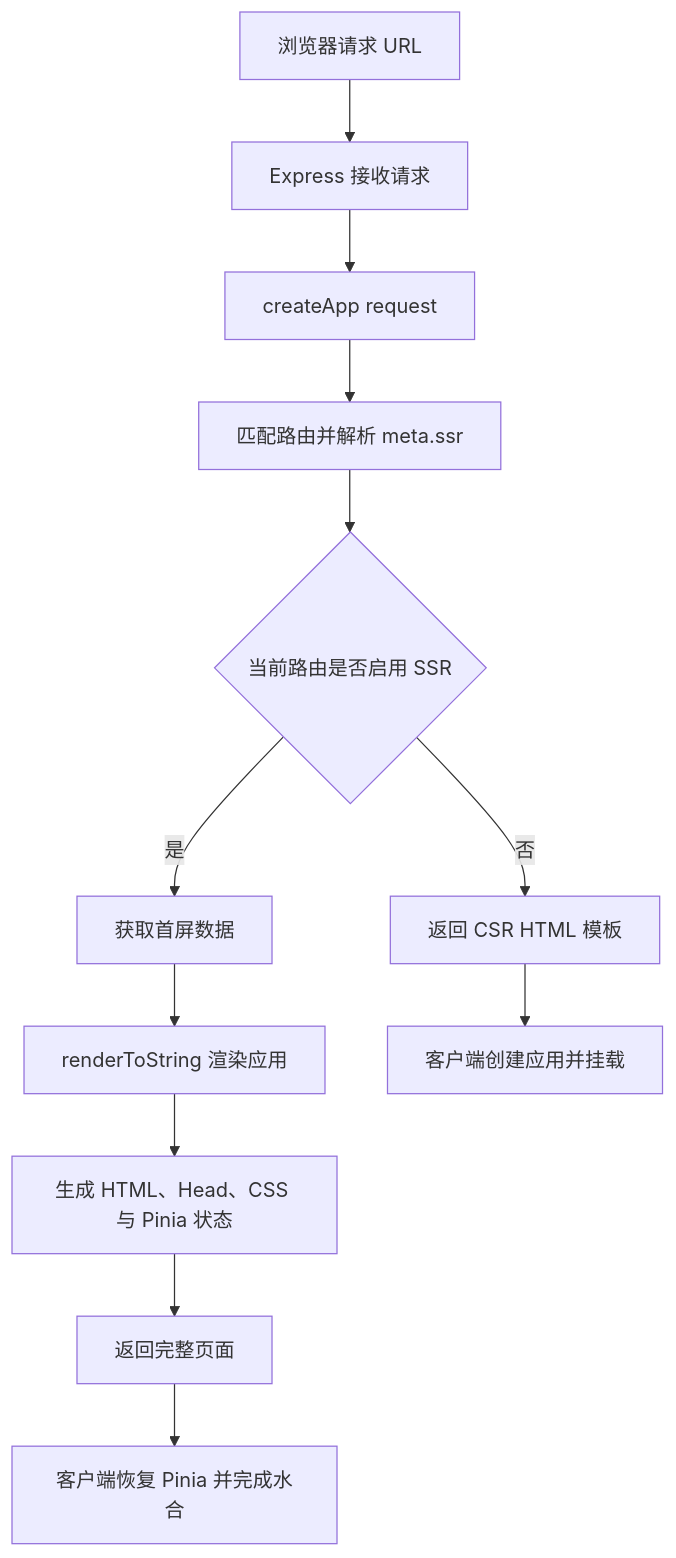
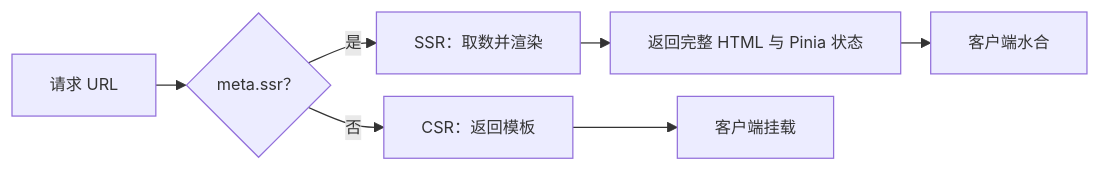
The diagram in docs/notes/hugeauto-partial-ssr.md (Asumz/blog), drawn with Mermaid before and after one commit. The commit also changed 10 other files, not shown here.

````diff
--- a/docs/notes/hugeauto-partial-ssr.md
+++ b/docs/notes/hugeauto-partial-ssr.md
@@ -28,14 +28,10 @@
 ```mermaid
-flowchart TD
-  A[浏览器请求 URL] --> B[Express 接收请求]
-  B --> C[createApp request]
-  C --> D[匹配路由并解析 meta.ssr]
-  D --> E{当前路由是否启用 SSR}
-  E -->|是| F[获取首屏数据]
-  F --> G[renderToString 渲染应用]
-  G --> H[生成 HTML、Head、CSS 与 Pinia 状态]
-  H --> I[返回完整页面]
-  I --> J[客户端恢复 Pinia 并完成水合]
-  E -->|否| K[返回 CSR HTML 模板]
-  K --> L[客户端创建应用并挂载]
+%%{init: { "flowchart": { "nodeSpacing": 18, "rankSpacing": 24 }, "themeVariables": { "fontSize": "13px" } }}%%
+flowchart LR
+  A["请求 URL"] --> B{"meta.ssr？"}
+  B -- "是" --> C["SSR：取数并渲染"]
+  C --> D["返回完整 HTML 与 Pinia 状态"]
+  D --> E["客户端水合"]
+  B -- "否" --> F["CSR：返回模板"]
+  F --> G["客户端挂载"]
 ```
````
